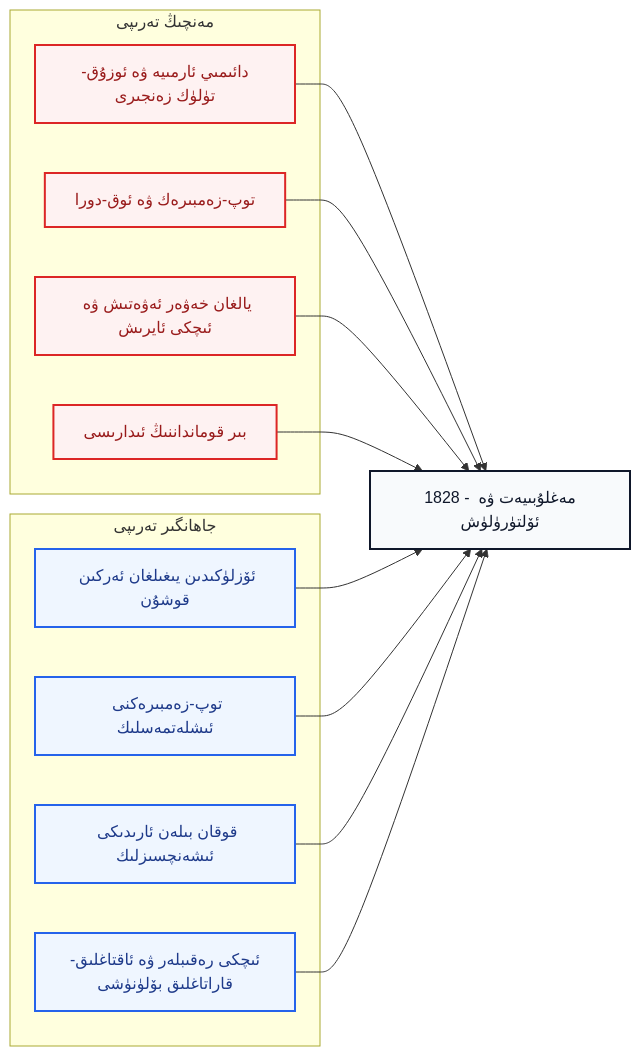
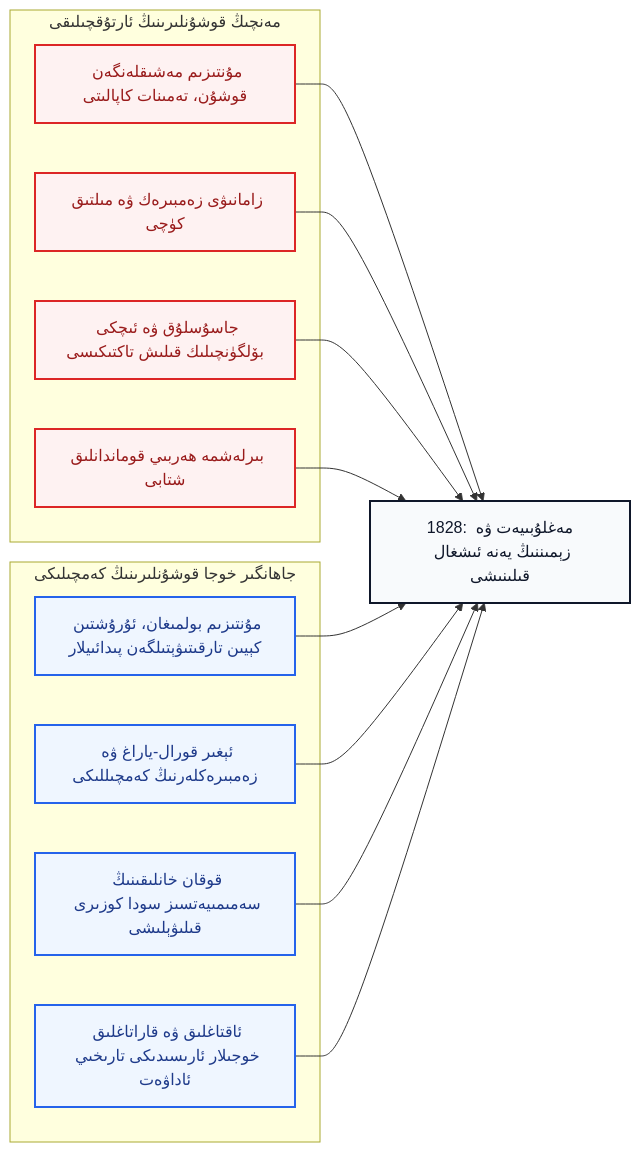
Before and after one commit to UyCoder/paydilar: the fourth of 4 diagrams in _posts/2026-10-24-Jahangir-Hoja-Qozghilingi-We-Sherqiy-Turkistan.md, drawn with Mermaid. The commit also changed other lines of this file and 2 other files, not shown here.

````diff
--- a/_posts/2026-10-24-Jahangir-Hoja-Qozghilingi-We-Sherqiy-Turkistan.md
+++ b/_posts/2026-10-24-Jahangir-Hoja-Qozghilingi-We-Sherqiy-Turkistan.md
@@ -162,27 +156,27 @@
 ```mermaid
 flowchart LR
     classDef win fill:#fef2f2,stroke:#dc2626,stroke-width:2px,color:#991b1b;
     classDef lose fill:#eff6ff,stroke:#2563eb,stroke-width:2px,color:#1e3a8a;
     classDef out fill:#f8fafc,stroke:#0f172a,stroke-width:2px,color:#0f172a;
 
-    subgraph QING["مەنچىڭ تەرىپى"]
-        Q1["دائىمىي ئارمىيە ۋە ئوزۇق-تۈلۈك زەنجىرى"]:::win
-        Q2["توپ-زەمبىرەك ۋە ئوق-دورا"]:::win
-        Q3["يالغان خەۋەر ئەۋەتىش ۋە ئىچكى ئايرىش"]:::win
-        Q4["بىر قومانداننىڭ ئىدارىسى"]:::win
+    subgraph QING["مەنچىڭ قوشۇنلىرىنىڭ ئارتۇقچىلىقى"]
+        Q1["مۇنتىزىم مەشىقلەنگەن قوشۇن، تەمىنات كاپالىتى"]:::win
+        Q2["زامانىۋى زەمبىرەك ۋە مىلتىق كۈچى"]:::win
+        Q3["جاسۇسلۇق ۋە ئىچكى بۆلگۈنچىلىك قىلىش تاكتىكىسى"]:::win
+        Q4["بىرلەشمە ھەربىي قوماندانلىق شتابى"]:::win
     end
-    subgraph JK["جاھانگىر تەرىپى"]
-        J1["ئۆزلۈكىدىن يىغىلغان ئەركىن قوشۇن"]:::lose
-        J2["توپ-زەمبىرەكنى ئىشلەتمەسلىك"]:::lose
-        J3["قوقان بىلەن ئارىدىكى ئىشەنچسىزلىك"]:::lose
-        J4["ئىچكى رەقىبلەر ۋە ئاقتاغلىق-قاراتاغلىق بۆلۈنۈشى"]:::lose
+    subgraph JK["جاھانگىر خوجا قوشۇنلىرىنىڭ كەمچىلىكى"]
+        J1["مۇنتىزىم بولمىغان، ئۇرۇشتىن كېيىن تارقىتىۋېتىلگەن پىدائىيلار"]:::lose
+        J2["ئېغىر قورال-ياراغ ۋە زەمبىرەكلەرنىڭ كەمچىللىكى"]:::lose
+        J3["قوقان خانلىقىنىڭ سەمىمىيەتسىز سودا كوزىرى قىلىۋېلىشى"]:::lose
+        J4["ئاقتاغلىق ۋە قاراتاغلىق خوجىلار ئارىسىدىكى تارىخىي ئاداۋەت"]:::lose
     end
-    Q1 --> R["1828 - مەغلۇبىيەت ۋە ئۆلتۈرۈلۈش"]:::out
+    Q1 --> R["1828: مەغلۇبىيەت ۋە زېمىننىڭ يەنە ئىشغال قىلىنىشى"]:::out
     Q2 --> R
     Q3 --> R
     Q4 --> R
     J1 --> R
     J2 --> R
     J3 --> R
     J4 --> R
 ```
````
